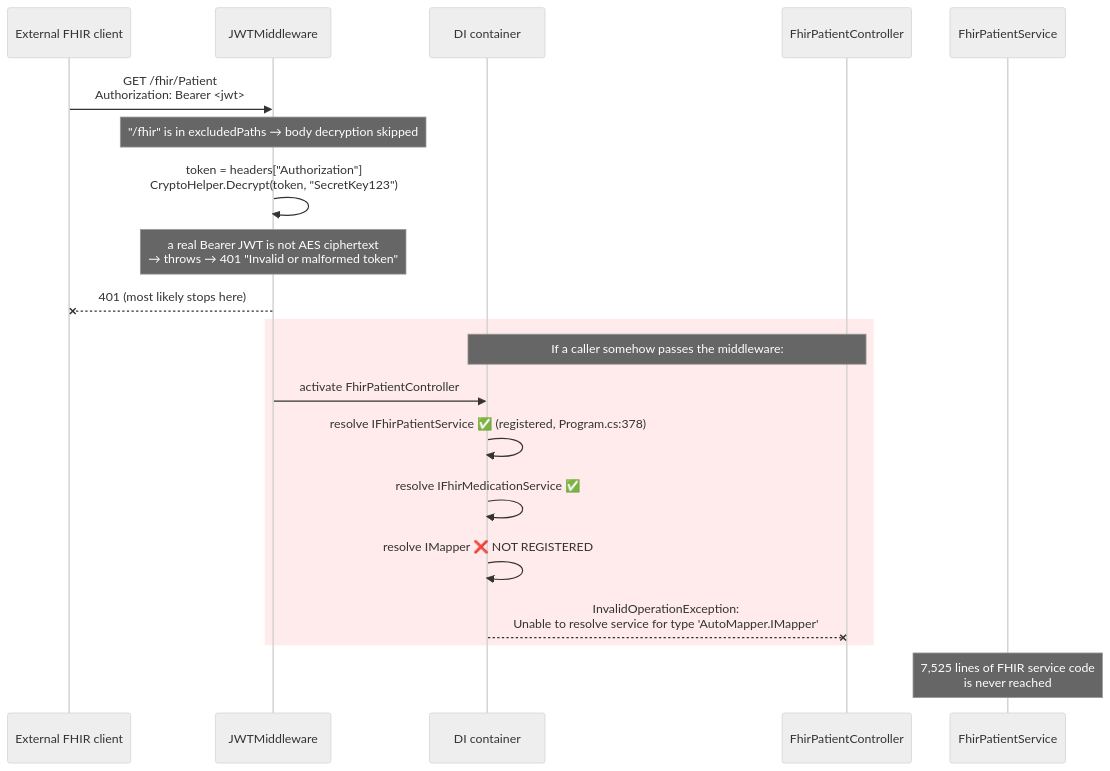
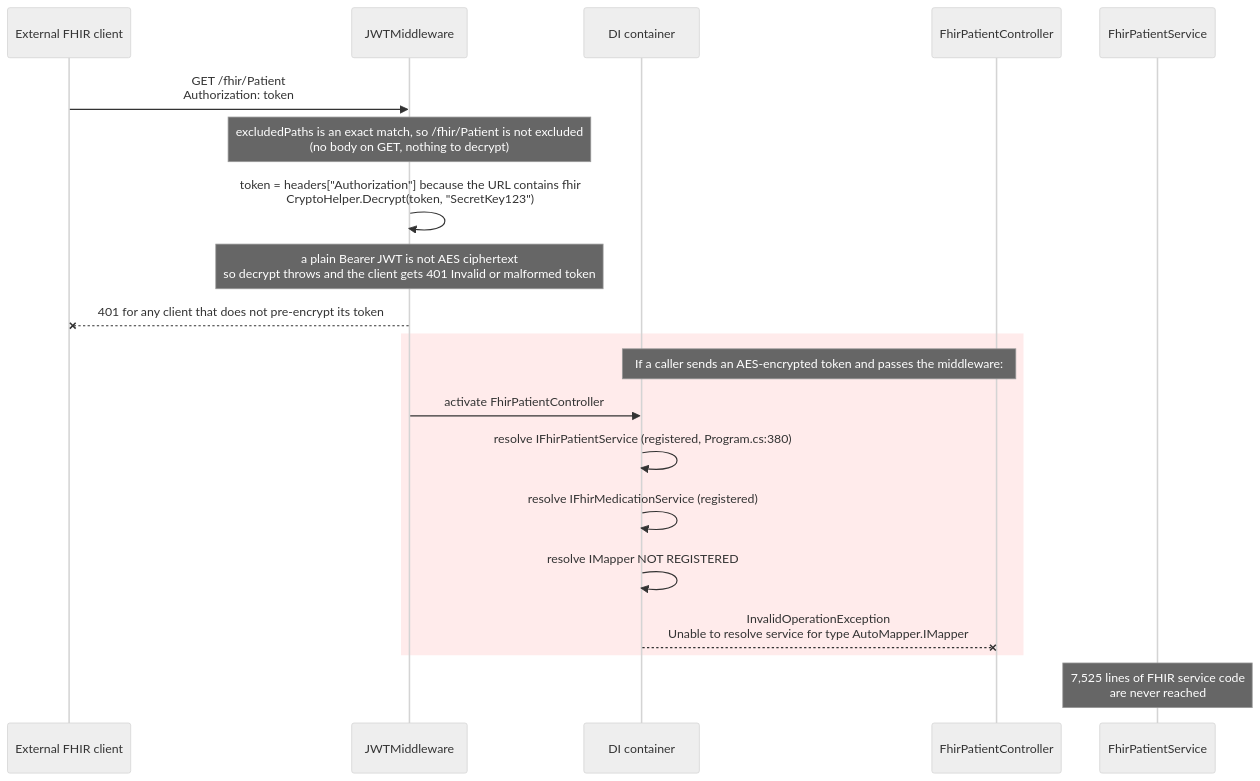
Before and after one commit to hemsingh-3PG/sai-systems-AIRE: the first of 5 diagrams in docs/architecture/current/05-interoperability-fhir-ccda-qrda-deep-dive.md, drawn with Mermaid (neutral theme). The commit also changed other lines of this file and 285 other files, not shown here.

````diff
--- a/docs/architecture/current/05-interoperability-fhir-ccda-qrda-deep-dive.md
+++ b/docs/architecture/current/05-interoperability-fhir-ccda-qrda-deep-dive.md
@@ -59,25 +83,25 @@
 ```mermaid
 sequenceDiagram
   participant X as External FHIR client
   participant MW as JWTMiddleware
   participant DI as DI container
   participant CT as FhirPatientController
   participant SVC as FhirPatientService
 
-  X->>MW: GET /fhir/Patient<br/>Authorization: Bearer <jwt>
-  Note over MW: "/fhir" is in excludedPaths → body decryption skipped
-  MW->>MW: token = headers["Authorization"]<br/>CryptoHelper.Decrypt(token, "SecretKey123")
-  Note over MW: a real Bearer JWT is not AES ciphertext<br/>→ throws → 401 "Invalid or malformed token"
-  MW--xX: 401 (most likely stops here)
+  X->>MW: GET /fhir/Patient<br/>Authorization: token
+  Note over MW: excludedPaths is an exact match, so /fhir/Patient is not excluded<br/>(no body on GET, nothing to decrypt)
+  MW->>MW: token = headers["Authorization"] because the URL contains fhir<br/>CryptoHelper.Decrypt(token, "SecretKey123")
+  Note over MW: a plain Bearer JWT is not AES ciphertext<br/>so decrypt throws and the client gets 401 Invalid or malformed token
+  MW--xX: 401 for any client that does not pre-encrypt its token
 
   rect rgba(255,0,0,0.08)
-  Note over DI,CT: If a caller somehow passes the middleware:
+  Note over DI,CT: If a caller sends an AES-encrypted token and passes the middleware:
   MW->>DI: activate FhirPatientController
-  DI->>DI: resolve IFhirPatientService ✅ (registered, Program.cs:378)
-  DI->>DI: resolve IFhirMedicationService ✅
-  DI->>DI: resolve IMapper ❌ NOT REGISTERED
-  DI--xCT: InvalidOperationException:<br/>Unable to resolve service for type 'AutoMapper.IMapper'
+  DI->>DI: resolve IFhirPatientService (registered, Program.cs:380)
+  DI->>DI: resolve IFhirMedicationService (registered)
+  DI->>DI: resolve IMapper NOT REGISTERED
+  DI--xCT: InvalidOperationException<br/>Unable to resolve service for type AutoMapper.IMapper
   end
 
-  Note over SVC: 7,525 lines of FHIR service code<br/>is never reached
+  Note over SVC: 7,525 lines of FHIR service code<br/>are never reached
 ```
````
